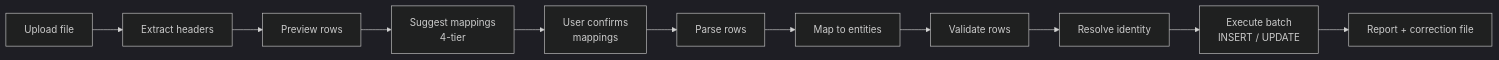
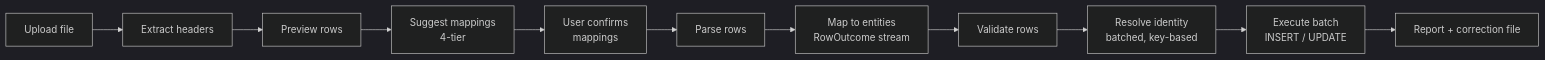
The second of 4 diagrams in src/content/docs/dotnet/building-blocks/data-exchange.mdx (granit-fx/granit-docs), drawn with Mermaid (dark theme) before and after one commit. The commit also changed other lines of this file and 1 other file, not shown here.

````diff
--- a/src/content/docs/dotnet/building-blocks/data-exchange.mdx
+++ b/src/content/docs/dotnet/building-blocks/data-exchange.mdx
@@ -215,13 +248,13 @@
 ```mermaid
 flowchart LR
     A[Upload file] --> B[Extract headers]
     B --> C[Preview rows]
     C --> D["Suggest mappings<br/>4-tier"]
     D --> E["User confirms<br/>mappings"]
     E --> F[Parse rows]
-    F --> G[Map to entities]
+    F --> G["Map to entities<br/>RowOutcome stream"]
     G --> H[Validate rows]
-    H --> I[Resolve identity]
+    H --> I["Resolve identity<br/>batched, key-based"]
     I --> J["Execute batch<br/>INSERT / UPDATE"]
     J --> K[Report + correction file]
 ```
````
